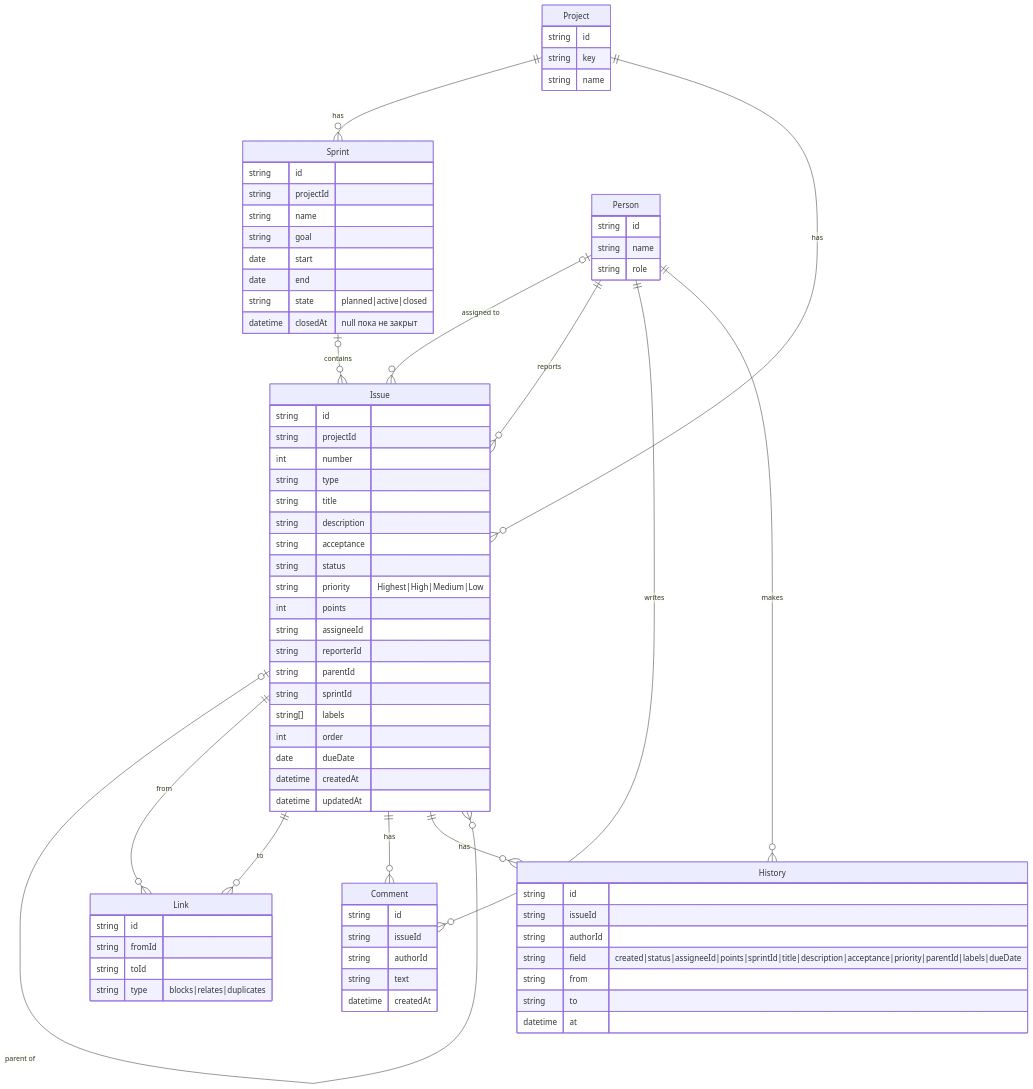
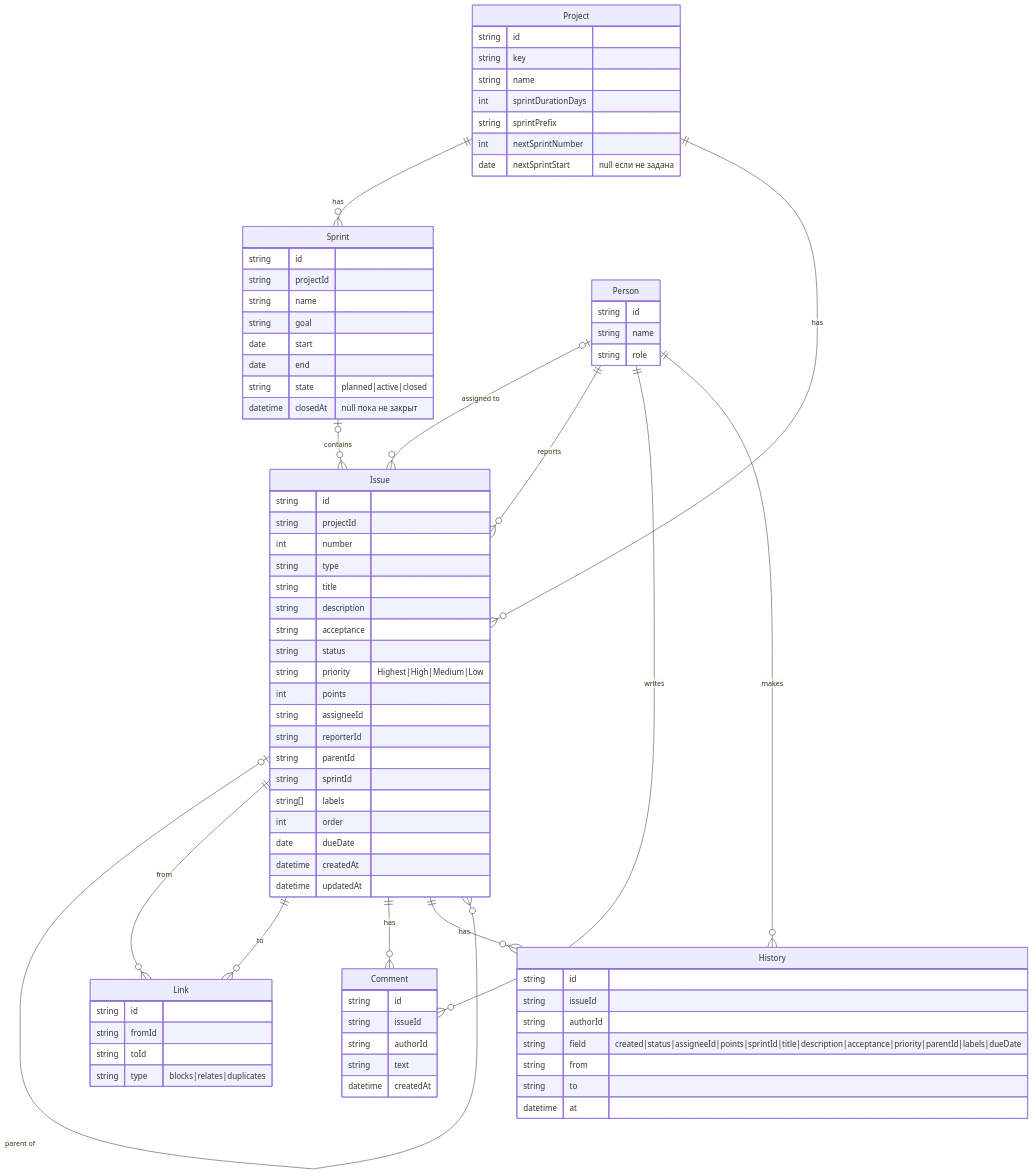
The diagram in docs/data-model.md (TimurNazmutdinov/team-tracker), drawn with Mermaid before and after one commit. The commit also changed other lines of this file and 40 other files, not shown here.

```diff
--- a/docs/data-model.md
+++ b/docs/data-model.md
@@ -82,6 +83,10 @@
         string id
         string key
         string name
+        int sprintDurationDays
+        string sprintPrefix
+        int nextSprintNumber
+        date nextSprintStart "null если не задана"
     }
     Person {
         string id
```
